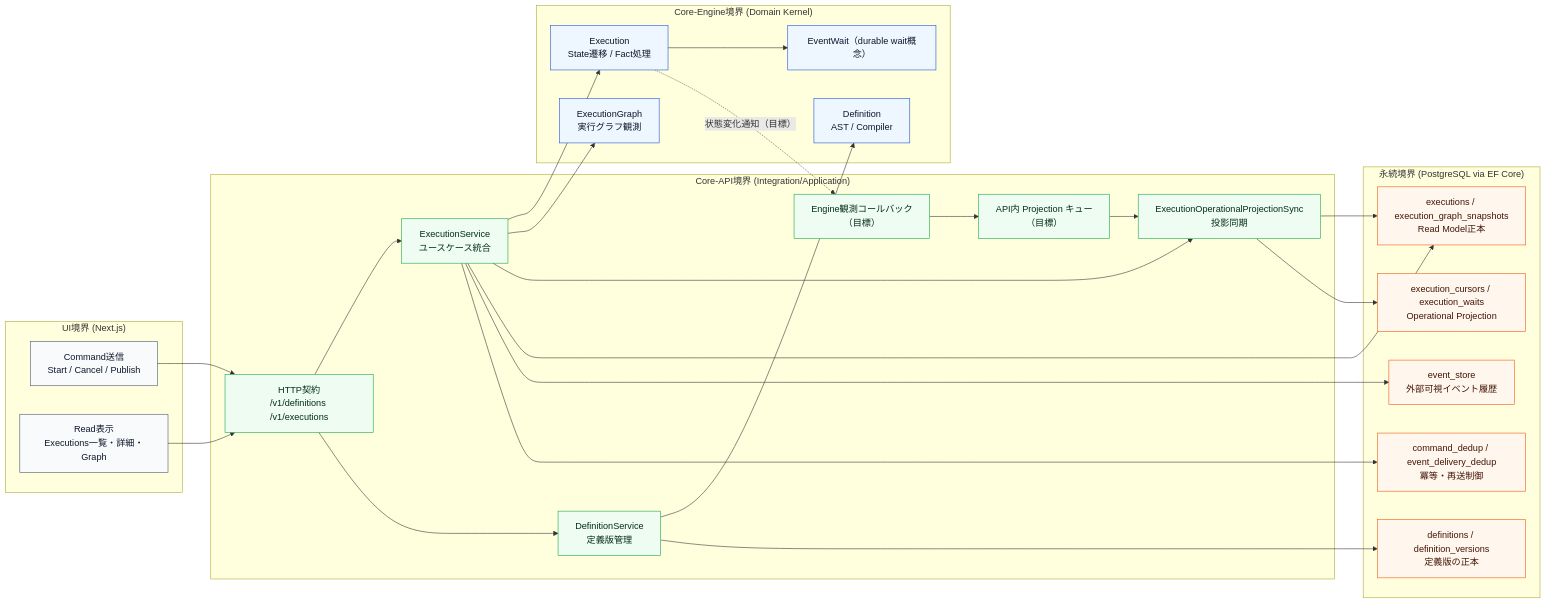
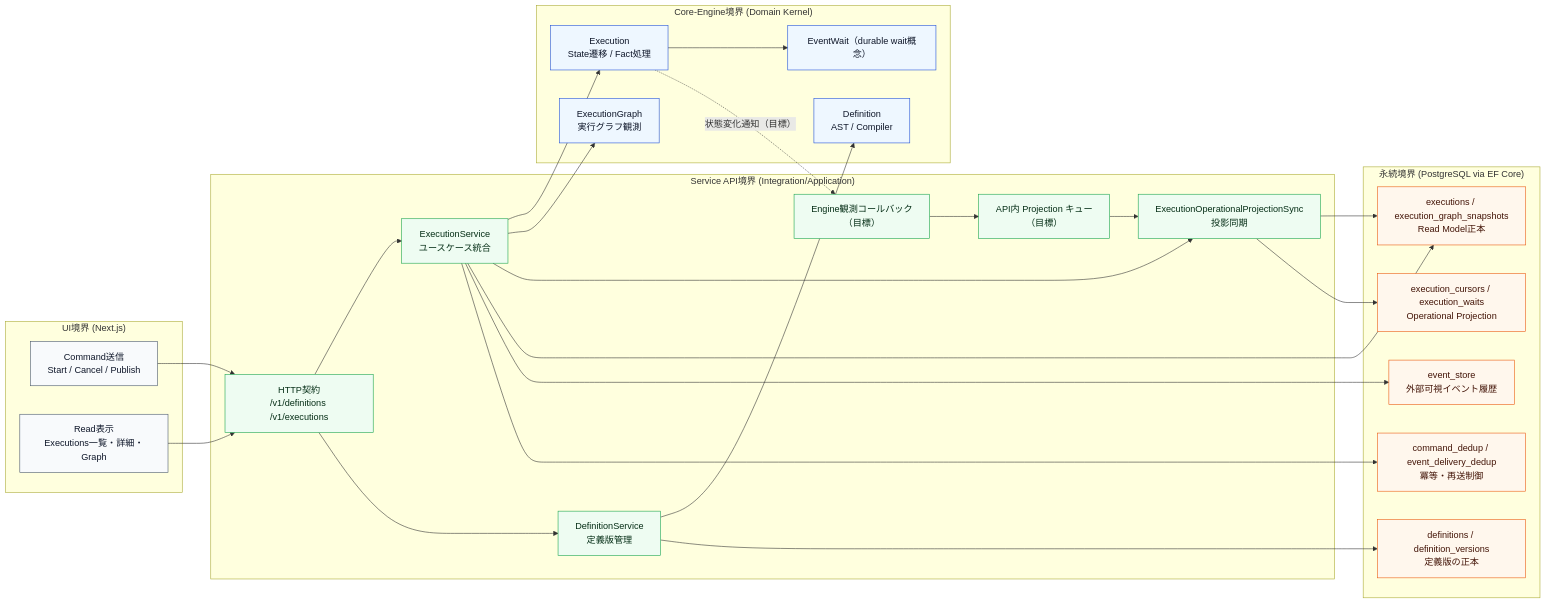
Before and after one commit to MichiharuShiba/statevia: the diagram in docs/architecture/domain-model-boundaries.md, drawn with Mermaid. The commit also changed other lines of this file and 98 other files, not shown here.

Commit message:
Sonar・DI・環境変数・製品通称を Service API 命名に揃え、service/ レイヤとの誤認を減らす。

````diff
--- a/docs/architecture/domain-model-boundaries.md
+++ b/docs/architecture/domain-model-boundaries.md
@@ -7,63 +7,63 @@
 ```mermaid
 flowchart LR
   classDef domain fill:#eef7ff,stroke:#1d4ed8,stroke-width:1px,color:#0f172a;
   classDef integration fill:#eefcf2,stroke:#16a34a,stroke-width:1px,color:#052e16;
   classDef storage fill:#fff7ed,stroke:#ea580c,stroke-width:1px,color:#431407;
   classDef external fill:#f8fafc,stroke:#475569,stroke-width:1px,color:#0f172a;
 
   subgraph UI["UI境界 (Next.js)"]
     UICommand["Command送信<br/>Start / Cancel / Publish"]
     UIQuery["Read表示<br/>Executions一覧・詳細・Graph"]
   end
 
-  subgraph API["Core-API境界 (Integration/Application)"]
+  subgraph API["Service API境界 (Integration/Application)"]
     ExecutionService["ExecutionService<br/>ユースケース統合"]
     ProjectionSync["ExecutionOperationalProjectionSync<br/>投影同期"]
     EngineCallback["Engine観測コールバック<br/>（目標）"]
     ProjectionQueue["API内 Projection キュー<br/>（目標）"]
     DefinitionService["DefinitionService<br/>定義版管理"]
     ApiContract["HTTP契約<br/>/v1/definitions /v1/executions"]
   end
 
   subgraph Engine["Core-Engine境界 (Domain Kernel)"]
     DefinitionModel["Definition<br/>AST / Compiler"]
     ExecutionModel["Execution<br/>State遷移 / Fact処理"]
     GraphModel["ExecutionGraph<br/>実行グラフ観測"]
     WaitModel["EventWait（durable wait概念）"]
   end
 
   subgraph DB["永続境界 (PostgreSQL via EF Core)"]
     DefinitionTables["definitions / definition_versions<br/>定義版の正本"]
     ExecutionTables["executions / execution_graph_snapshots<br/>Read Model正本"]
     CursorTables["execution_cursors / execution_waits<br/>Operational Projection"]
     EventStore["event_store<br/>外部可視イベント履歴"]
     Dedup["command_dedup / event_delivery_dedup<br/>冪等・再送制御"]
   end
 
   UICommand --> ApiContract
   UIQuery --> ApiContract
 
   ApiContract --> ExecutionService
   ApiContract --> DefinitionService
   ExecutionService --> ExecutionModel
   ExecutionService --> GraphModel
   ExecutionService --> ProjectionSync
   DefinitionService --> DefinitionModel
 
   DefinitionService --> DefinitionTables
   ExecutionService --> ExecutionTables
   ProjectionSync --> ExecutionTables
   ProjectionSync --> CursorTables
   ExecutionService --> EventStore
   ExecutionService --> Dedup
 
   ExecutionModel --> WaitModel
   ExecutionModel -.状態変化通知（目標）.-> EngineCallback
   EngineCallback --> ProjectionQueue
   ProjectionQueue --> ProjectionSync
 
   class DefinitionModel,ExecutionModel,GraphModel,WaitModel domain;
   class ExecutionService,ProjectionSync,EngineCallback,ProjectionQueue,DefinitionService,ApiContract integration;
   class DefinitionTables,ExecutionTables,CursorTables,EventStore,Dedup storage;
   class UICommand,UIQuery external;
 ```
````
